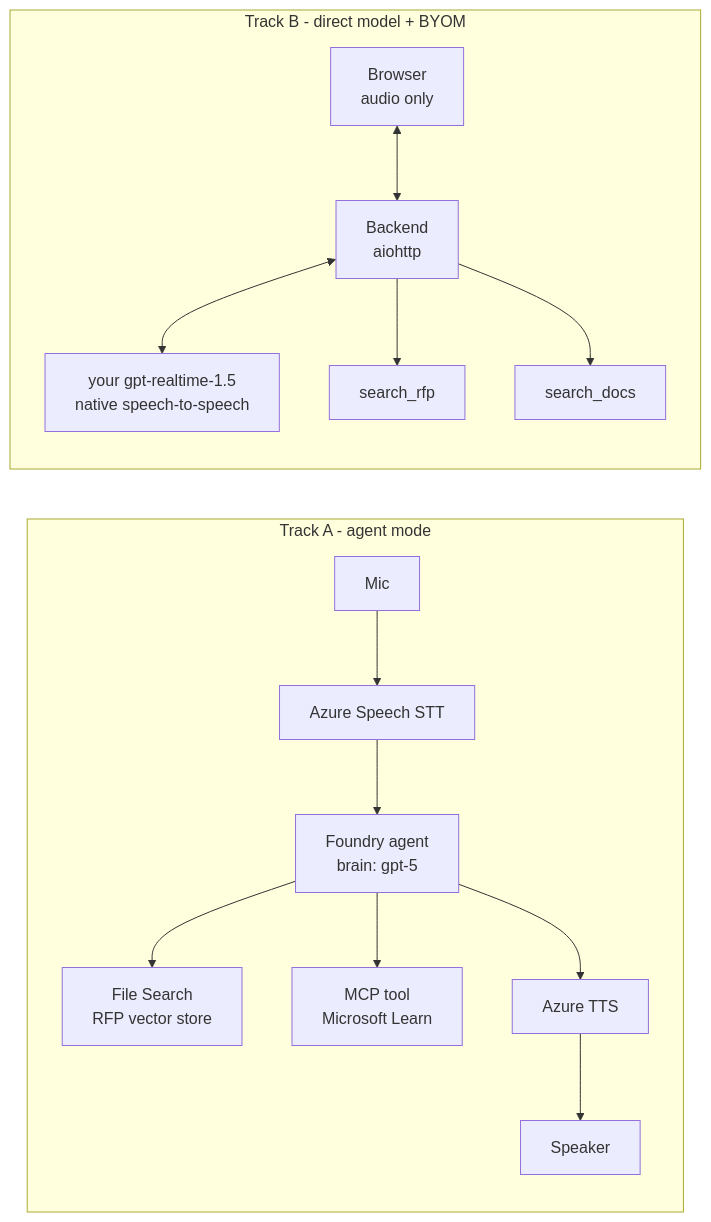
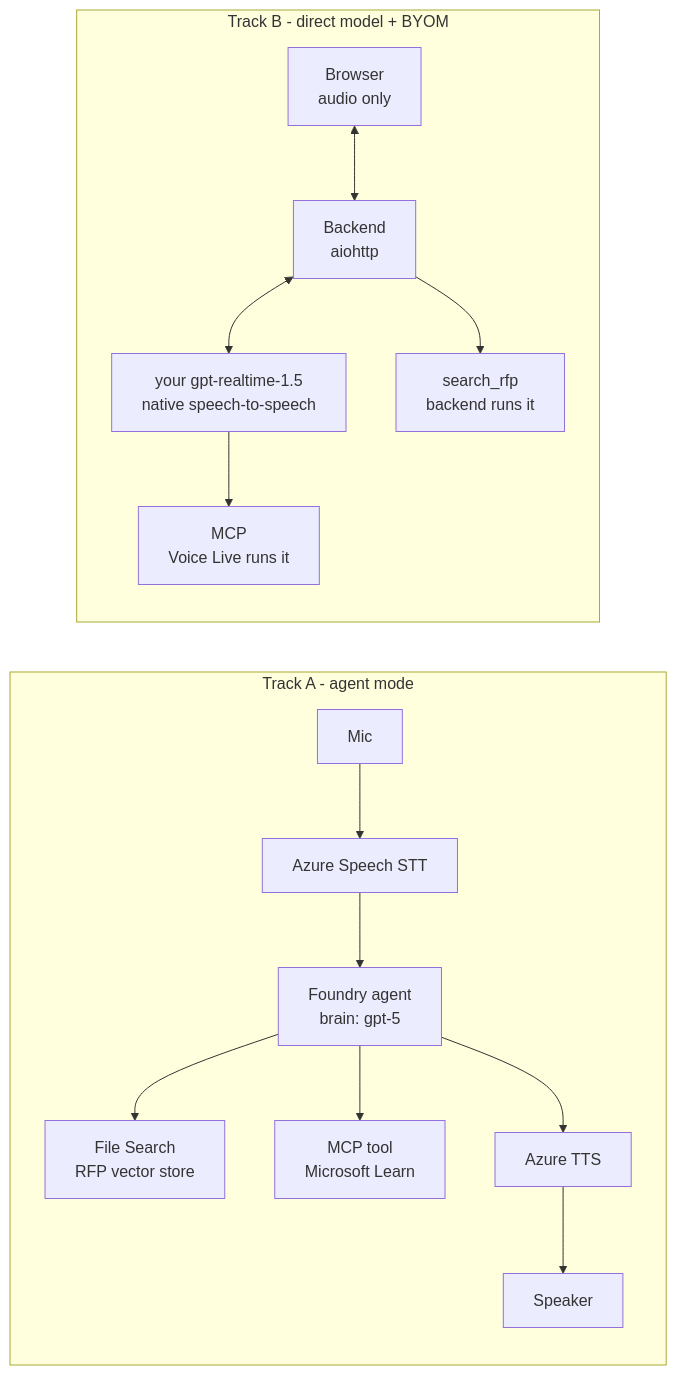
One commit to yelghali/live-voice-agent-demo changed the diagram in README.md. Above: the diagram before and after it, drawn with Mermaid. The commit also changed other lines of this file and 4 other files, not shown here.

````diff
--- a/README.md
+++ b/README.md
@@ -17,19 +17,19 @@
 ```mermaid
 flowchart LR
     subgraph A["Track A - agent mode"]
         direction TB
         A1[Mic] --> A2[Azure Speech STT]
         A2 --> A3["Foundry agent<br/>brain: gpt-5"]
         A3 --> A4[File Search<br/>RFP vector store]
         A3 --> A5[MCP tool<br/>Microsoft Learn]
         A3 --> A6[Azure TTS]
         A6 --> A7[Speaker]
     end
     subgraph B["Track B - direct model + BYOM"]
         direction TB
         B1[Browser<br/>audio only] <--> B2[Backend<br/>aiohttp]
         B2 <--> B3["your gpt-realtime-1.5<br/>native speech-to-speech"]
-        B2 --> B4[search_rfp]
-        B2 --> B5[search_docs]
+        B2 --> B4[search_rfp<br/>backend runs it]
+        B3 --> B5[MCP<br/>Voice Live runs it]
     end
 ```
````
